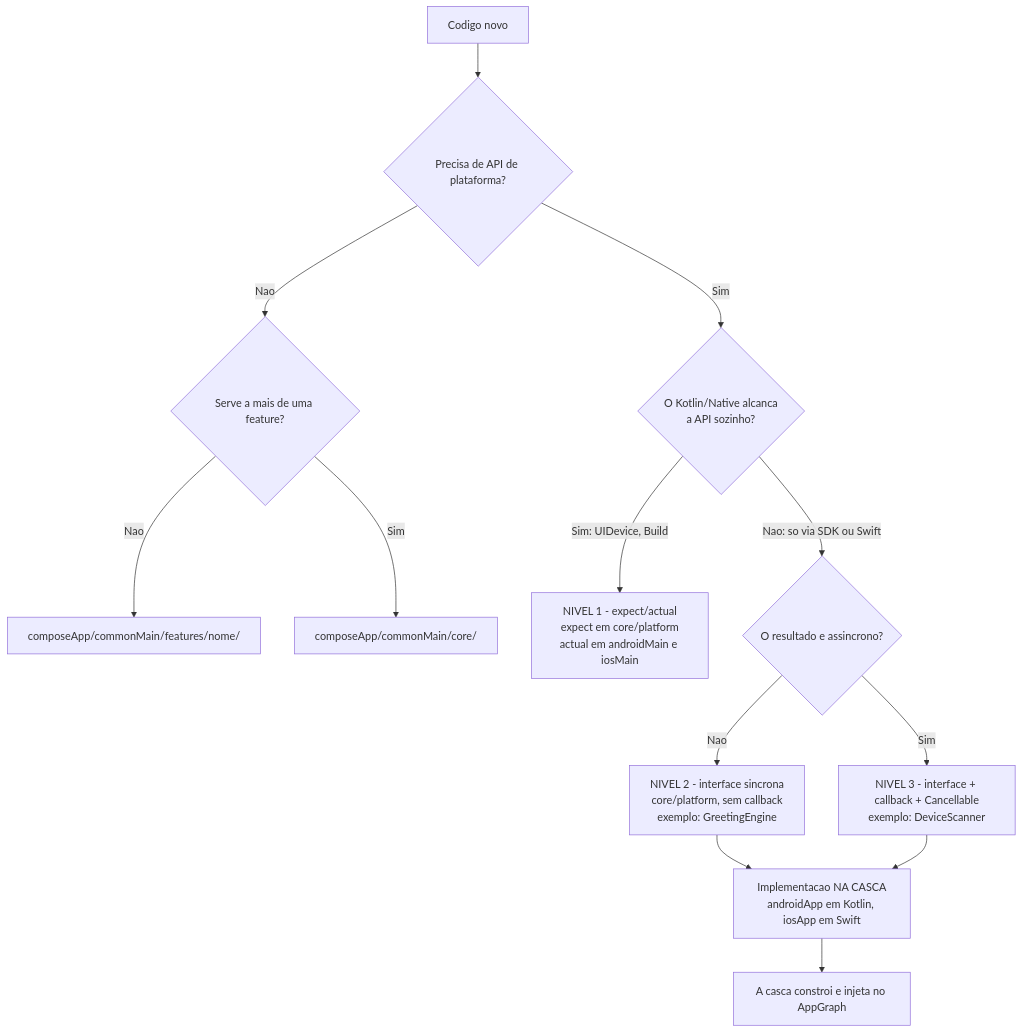
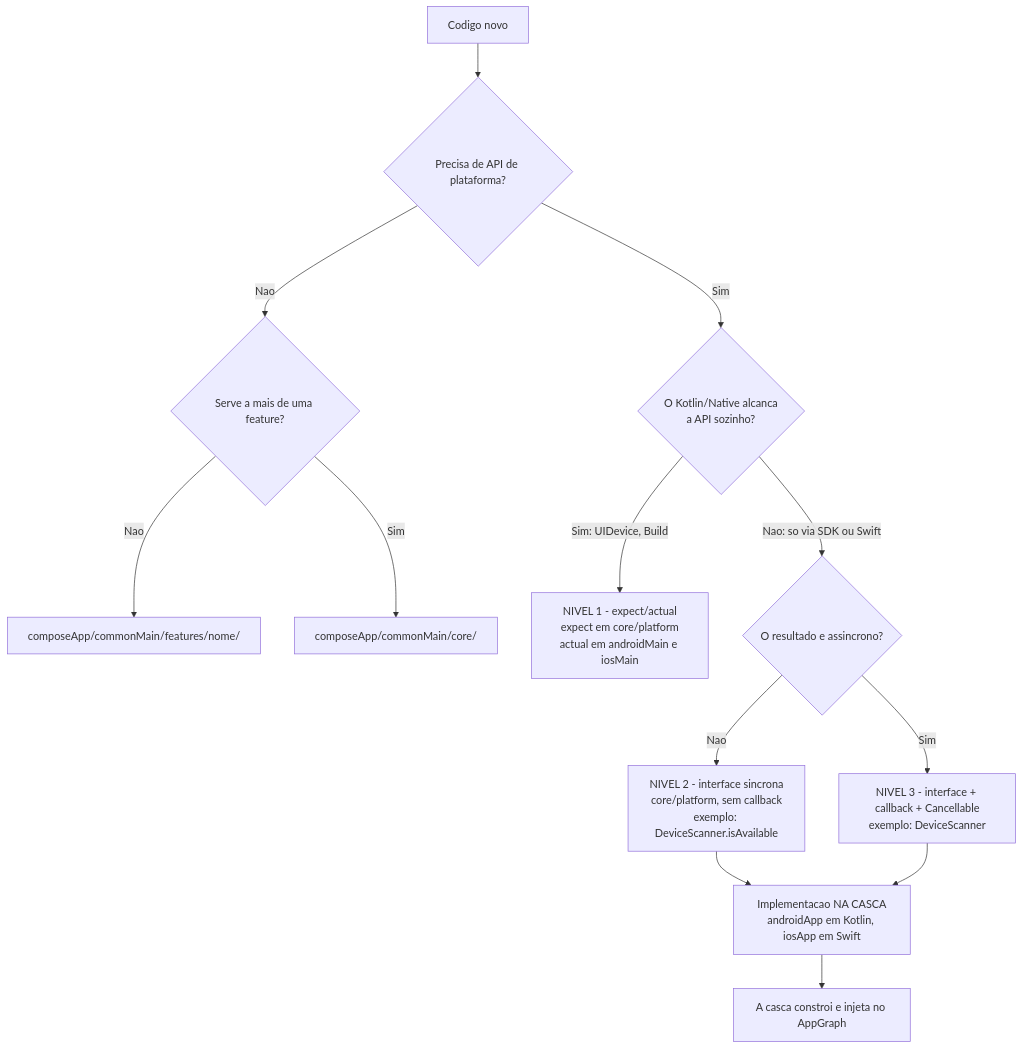
One commit to christianalexandre/kmp-foundation changed the second of 5 diagrams in docs/sdd/03_mapa_de_codigo.md. Above: the diagram before and after it, drawn with Mermaid. The commit also changed other lines of this file and 3 other files, not shown here.

````diff
--- a/docs/sdd/03_mapa_de_codigo.md
+++ b/docs/sdd/03_mapa_de_codigo.md
@@ -62,21 +64,21 @@
 ```mermaid
 flowchart TD
     inicio["Codigo novo"] --> q1{"Precisa de API de plataforma?"}
 
     q1 -->|Nao| q5{"Serve a mais de uma feature?"}
     q5 -->|Nao| feat["composeApp/commonMain/features/nome/"]
     q5 -->|Sim| core["composeApp/commonMain/core/"]
 
     q1 -->|Sim| q2{"O Kotlin/Native alcanca<br/>a API sozinho?"}
 
     q2 -->|"Sim: UIDevice, Build"| ea["NIVEL 1 - expect/actual<br/>expect em core/platform<br/>actual em androidMain e iosMain"]
 
     q2 -->|"Nao: so via SDK ou Swift"| q3{"O resultado e assincrono?"}
 
-    q3 -->|Nao| sinc["NIVEL 2 - interface sincrona<br/>core/platform, sem callback<br/>exemplo: GreetingEngine"]
+    q3 -->|Nao| sinc["NIVEL 2 - interface sincrona<br/>core/platform, sem callback<br/>exemplo: DeviceScanner.isAvailable"]
     q3 -->|Sim| async["NIVEL 3 - interface + callback + Cancellable<br/>exemplo: DeviceScanner"]
 
     sinc --> impl["Implementacao NA CASCA<br/>androidApp em Kotlin, iosApp em Swift"]
     async --> impl
     impl --> injeta["A casca constroi e injeta no AppGraph"]
 ```
````
